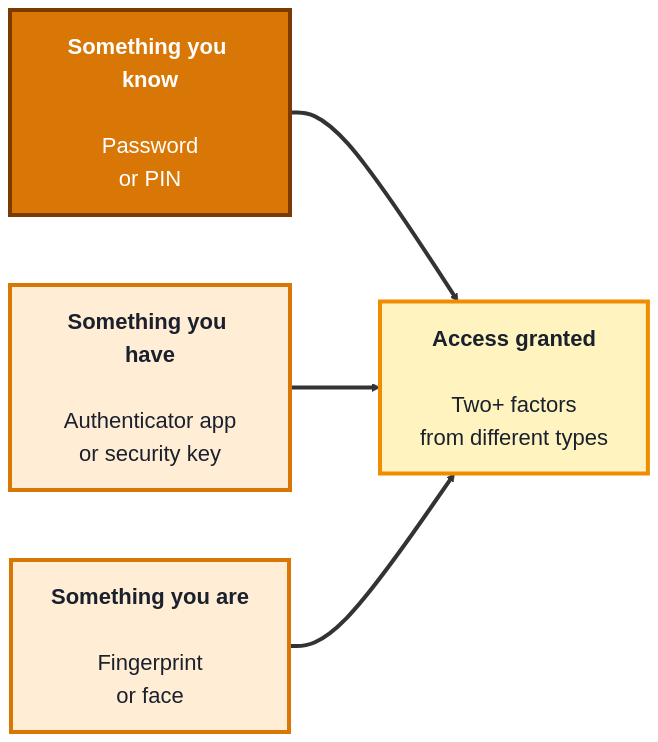
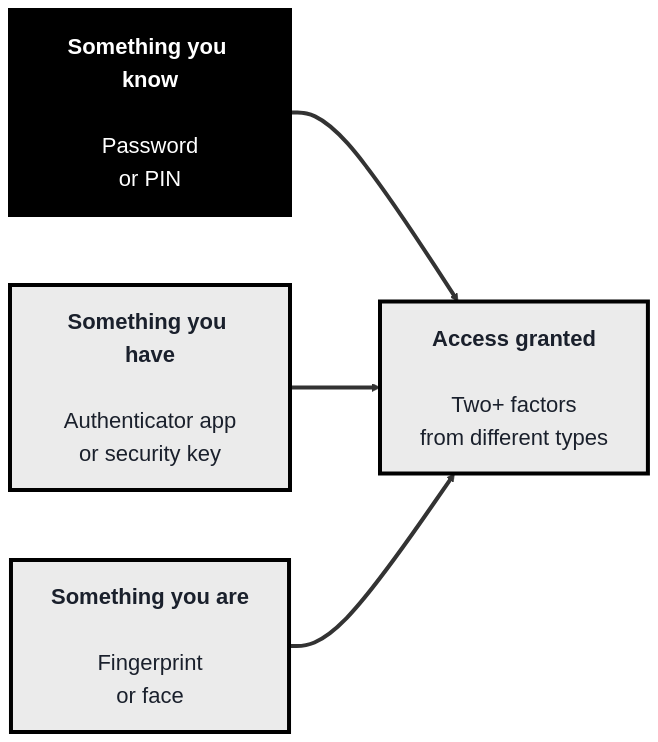
The first of 3 diagrams in src/Pages/courses/TechGuard/module-5-identity-access-management.md (SHEMODELTECH/shemodeltech), drawn with Mermaid before and after one commit. The commit also changed other lines of this file and 46 other files, not shown here.

````diff
--- a/src/Pages/courses/TechGuard/module-5-identity-access-management.md
+++ b/src/Pages/courses/TechGuard/module-5-identity-access-management.md
@@ -20,18 +20,18 @@
 ```mermaid
-%%{init: {'theme':'base', 'themeVariables': {'fontSize':'22px', 'primaryTextColor':'#1a202c', 'primaryBorderColor':'#7c3a00', 'lineColor':'#333333'}, 'flowchart': {'nodeSpacing': 70, 'rankSpacing': 90, 'padding': 20}}}%%
+%%{init: {'theme':'base', 'themeVariables': {'fontSize':'22px', 'primaryTextColor':'#1a202c', 'primaryBorderColor':'#000000', 'lineColor':'#333333'}, 'flowchart': {'nodeSpacing': 70, 'rankSpacing': 90, 'padding': 20}}}%%
 flowchart LR
     K["<b>Something you know</b><br/><br/>Password<br/>or PIN"]
     H["<b>Something you have</b><br/><br/>Authenticator app<br/>or security key"]
     A["<b>Something you are</b><br/><br/>Fingerprint<br/>or face"]
     G["<b>Access granted</b><br/><br/>Two+ factors<br/>from different types"]
 
     K ==> G
     H ==> G
     A ==> G
 
-    style K fill:#d97706,color:#fff,stroke:#7c3a00,stroke-width:4px
-    style H fill:#ffedd5,color:#1a202c,stroke:#d97706,stroke-width:4px
-    style A fill:#ffedd5,color:#1a202c,stroke:#d97706,stroke-width:4px
-    style G fill:#fff3bf,color:#1a202c,stroke:#f08c00,stroke-width:4px
+    style K fill:#000000,color:#fff,stroke:#000000,stroke-width:4px
+    style H fill:#EBEBEB,color:#1a202c,stroke:#000000,stroke-width:4px
+    style A fill:#EBEBEB,color:#1a202c,stroke:#000000,stroke-width:4px
+    style G fill:#EBEBEB,color:#1a202c,stroke:#000000,stroke-width:4px
     linkStyle default stroke-width:4px,stroke:#333333
 ```
````
